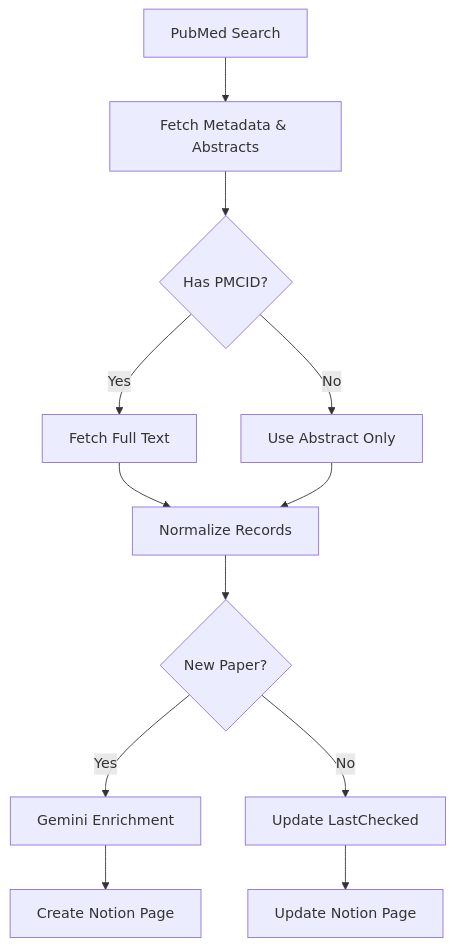
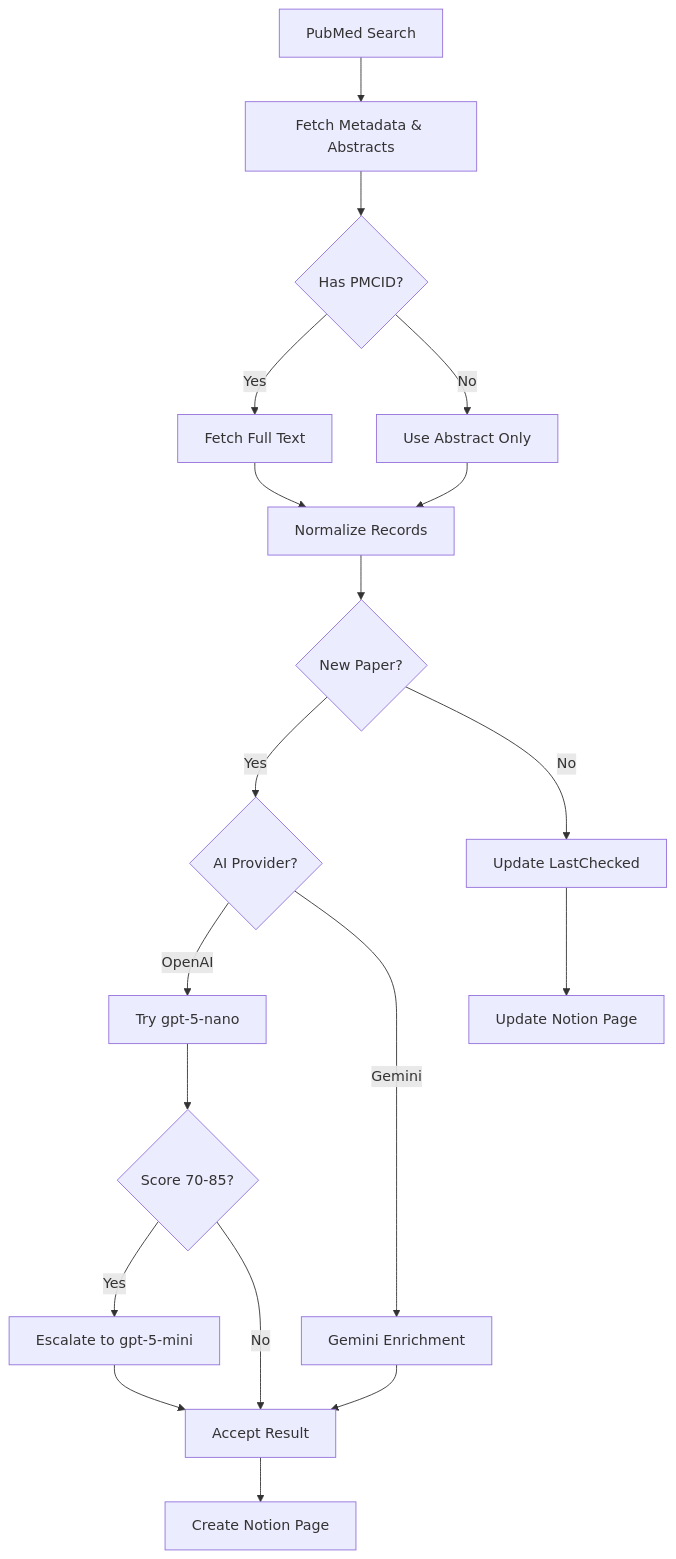
One commit to kunlin0814/LiteratureSearch changed the diagram in README.md. Above: the diagram before and after it, drawn with Mermaid. The commit also changed other lines of this file, not shown here.

Commit message:
feat: update README to reflect multi-provider AI enrichment (Gemini + OpenAI) with Nano-First strategy and cost optimization.

````diff
--- a/README.md
+++ b/README.md
@@ -89,14 +133,21 @@
 ```mermaid
 graph TD
     A[PubMed Search] --> B[Fetch Metadata & Abstracts]
     B --> C{Has PMCID?}
     C -->|Yes| D[Fetch Full Text]
     C -->|No| E[Use Abstract Only]
     D --> F[Normalize Records]
     E --> F
     F --> G{New Paper?}
-    G -->|Yes| H[Gemini Enrichment]
-    G -->|No| I[Update LastChecked]
-    H --> J[Create Notion Page]
-    I --> K[Update Notion Page]
+    G -->|Yes| H{AI Provider?}
+    H -->|OpenAI| I[Try gpt-5-nano]
+    H -->|Gemini| J[Gemini Enrichment]
+    I --> K{Score 70-85?}
+    K -->|Yes| L[Escalate to gpt-5-mini]
+    K -->|No| M[Accept Result]
+    L --> M
+    J --> M
+    M --> N[Create Notion Page]
+    G -->|No| O[Update LastChecked]
+    O --> P[Update Notion Page]
 ```
````
